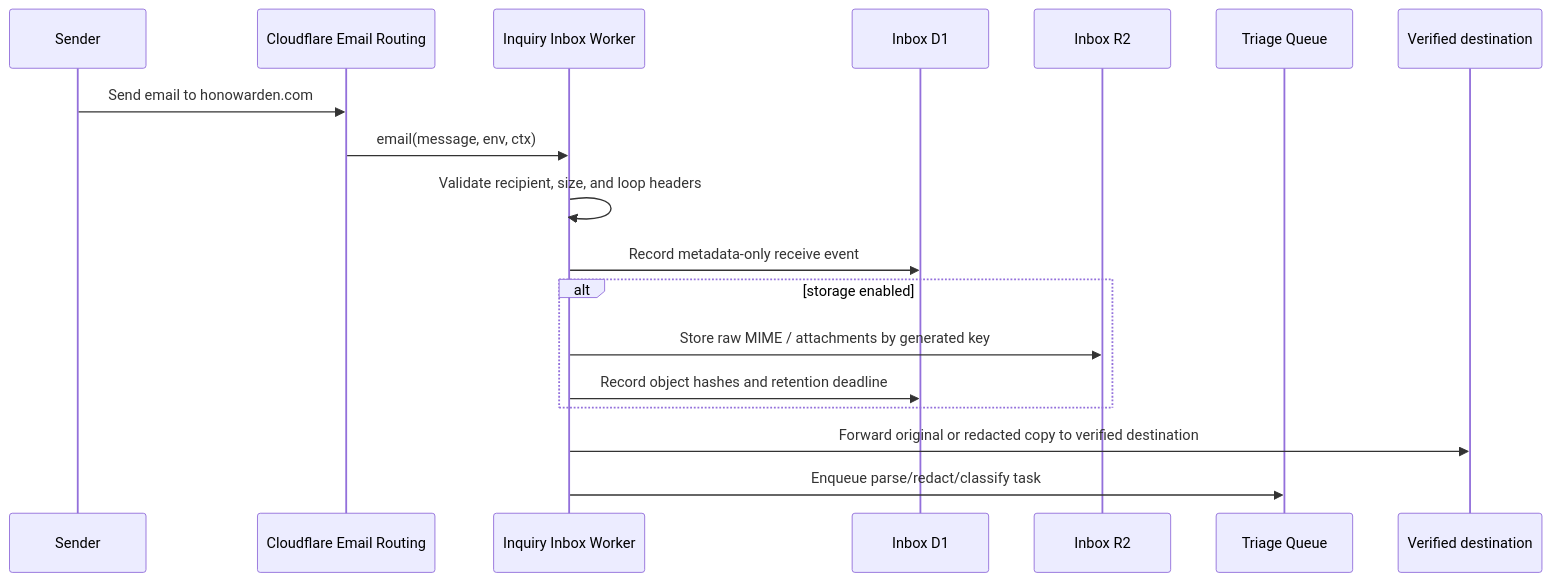
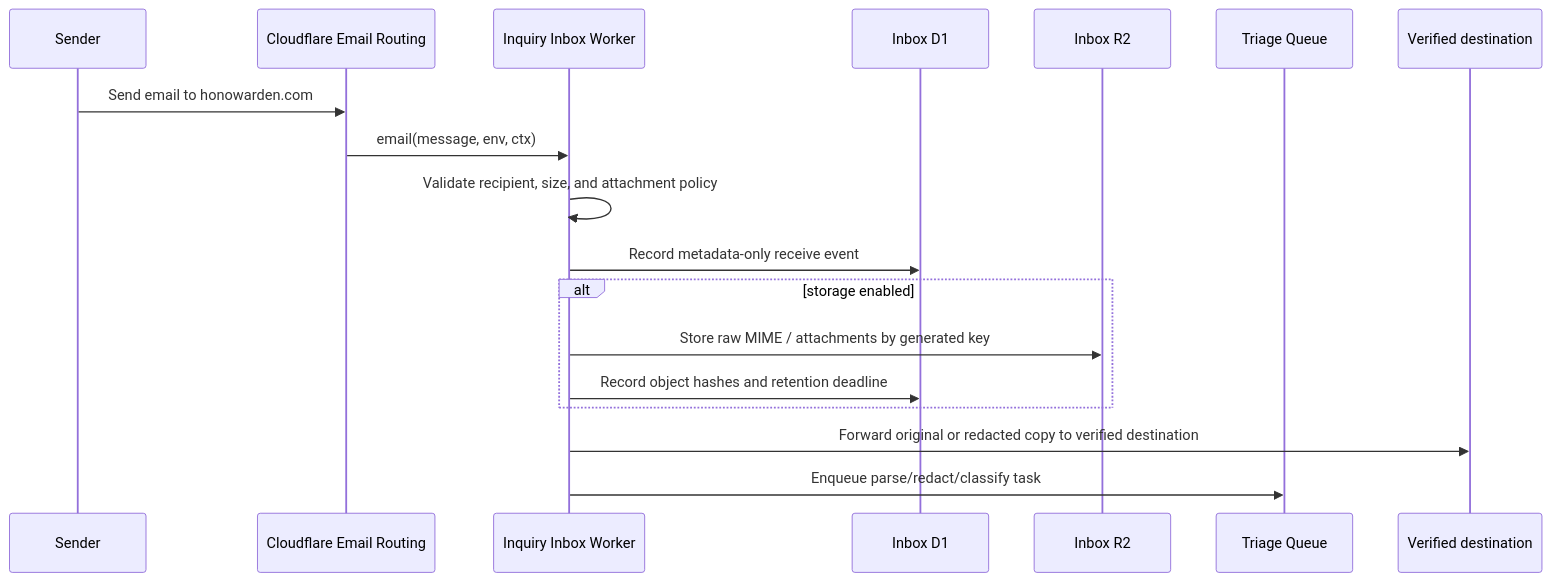
Before and after one commit to kazu-42/HonoWarden: the third of 4 diagrams in docs/operations/ai-inquiry-inbox.md, drawn with Mermaid. The commit also changed other lines of this file and 21 other files, not shown here.

````diff
--- a/docs/operations/ai-inquiry-inbox.md
+++ b/docs/operations/ai-inquiry-inbox.md
@@ -165,21 +187,21 @@
 ```mermaid
 sequenceDiagram
   participant Sender
   participant Routing as Cloudflare Email Routing
   participant Worker as Inquiry Inbox Worker
   participant D1 as Inbox D1
   participant R2 as Inbox R2
   participant Queue as Triage Queue
   participant Human as Verified destination
 
   Sender->>Routing: Send email to honowarden.com
   Routing->>Worker: email(message, env, ctx)
-  Worker->>Worker: Validate recipient, size, and loop headers
+  Worker->>Worker: Validate recipient, size, and attachment policy
   Worker->>D1: Record metadata-only receive event
   alt storage enabled
     Worker->>R2: Store raw MIME / attachments by generated key
     Worker->>D1: Record object hashes and retention deadline
   end
   Worker->>Human: Forward original or redacted copy to verified destination
   Worker->>Queue: Enqueue parse/redact/classify task
 ```
````
